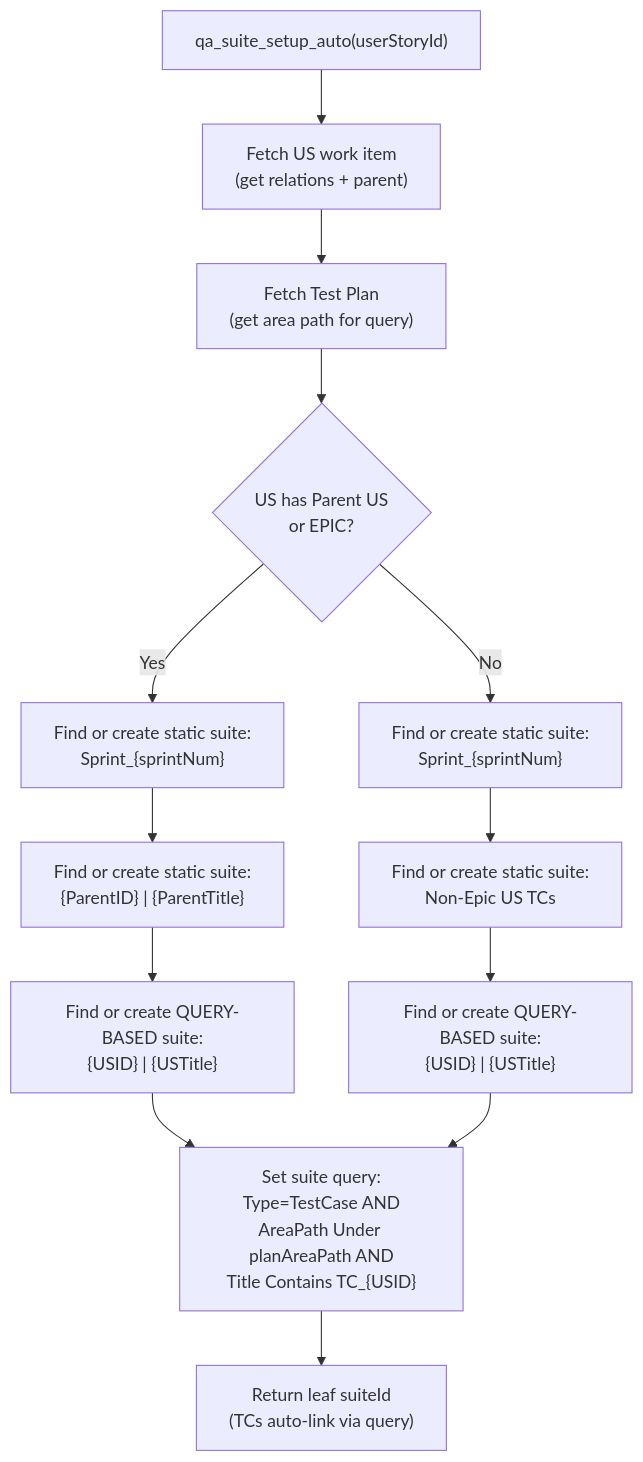
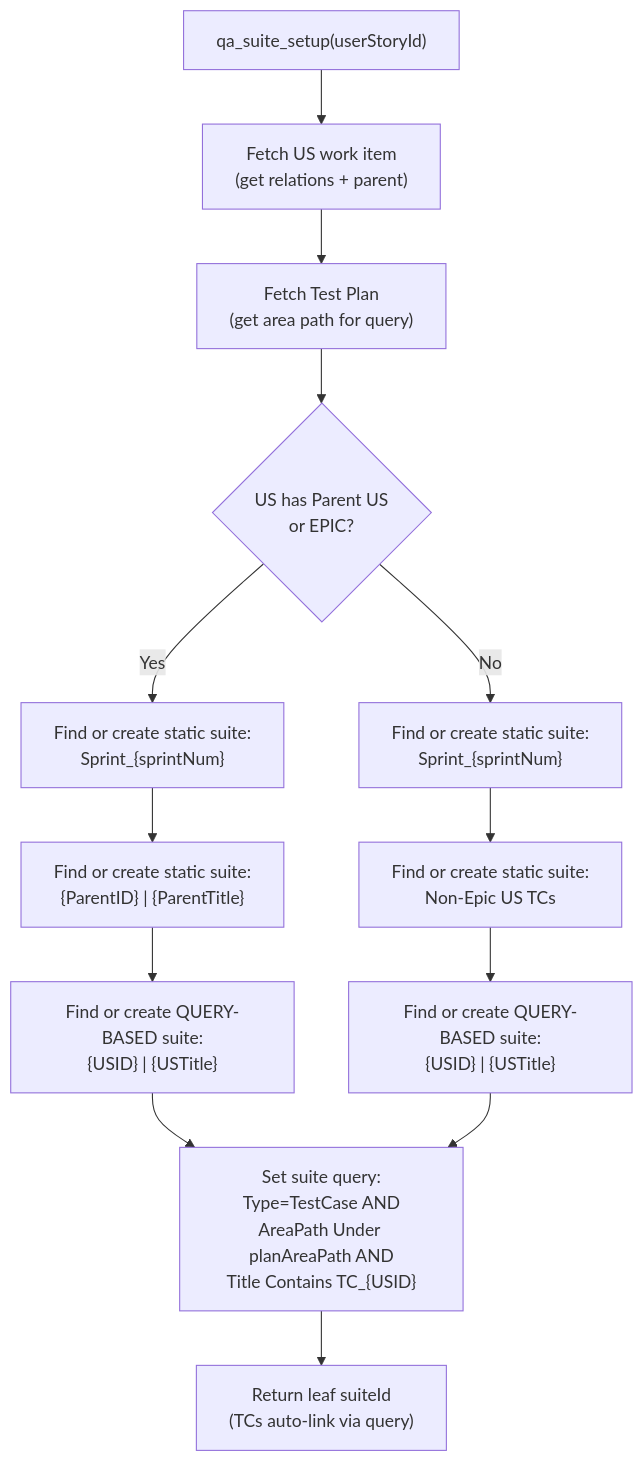
One commit to badgujar-kavita/ado-mcp-server changed the fourth of 4 diagrams in docs/implementation.md. Above: the diagram before and after it, drawn with Mermaid. The commit also changed other lines of this file and 14 other files, not shown here.

First line of the commit message:
Consolidate suite tools: qa_suite_setup_auto → qa_suite_setup with overrides

````diff
--- a/docs/implementation.md
+++ b/docs/implementation.md
@@ -1147,20 +1147,20 @@
 ```mermaid
 flowchart TD
-    Start["qa_suite_setup_auto(userStoryId)"] --> FetchUS["Fetch US work item\n(get relations + parent)"]
+    Start["qa_suite_setup(userStoryId)"] --> FetchUS["Fetch US work item\n(get relations + parent)"]
     FetchUS --> FetchPlan["Fetch Test Plan\n(get area path for query)"]
     FetchPlan --> HasParent{"US has Parent US\nor EPIC?"}
 
     HasParent -->|Yes| SprintA["Find or create static suite:\nSprint_{sprintNum}"]
     HasParent -->|No| SprintB["Find or create static suite:\nSprint_{sprintNum}"]
 
     SprintA --> ParentFolder["Find or create static suite:\n{ParentID} | {ParentTitle}"]
     SprintB --> NonEpic["Find or create static suite:\nNon-Epic US TCs"]
 
     ParentFolder --> USFolderA["Find or create QUERY-BASED suite:\n{USID} | {USTitle}"]
     NonEpic --> USFolderB["Find or create QUERY-BASED suite:\n{USID} | {USTitle}"]
 
     USFolderA --> SetQuery["Set suite query:\nType=TestCase AND\nAreaPath Under planAreaPath AND\nTitle Contains TC_{USID}"]
     USFolderB --> SetQuery
 
     SetQuery --> Return["Return leaf suiteId\n(TCs auto-link via query)"]
 ```
````
